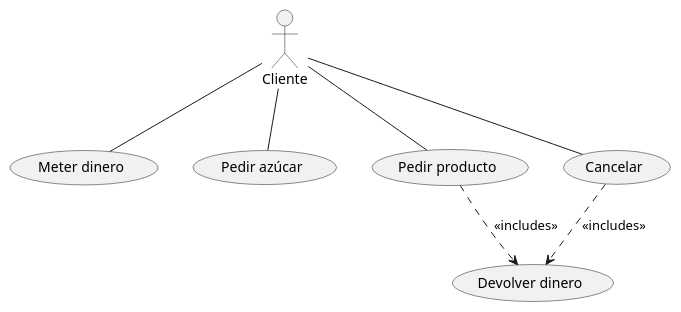
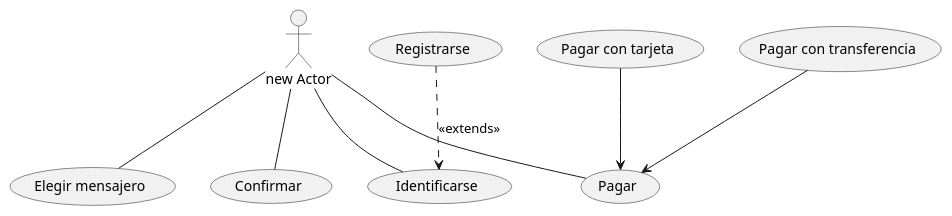
One commit to JaimeSoftDev/Practica1UD12UML-Jaime-Macia-Mora changed the diagram in Practica1UD12/src/PrimeraPracticaUML.puml. Above: the diagram before and after it, drawn with PlantUML.

Commit message:
Ejemplo: Tienda de Internet

```diff
--- a/Practica1UD12/src/PrimeraPracticaUML.puml
+++ b/Practica1UD12/src/PrimeraPracticaUML.puml
@@ -1,14 +1,17 @@
 @startuml
-:Cliente: as actor1
-(Meter dinero) as UC1
-(Pedir azúcar) as UC2
-(Pedir producto) as UC3
-(Cancelar) as UC4
-(Devolver dinero) as UC5
+:new Actor: as actor1
+(Identificarse) as UC1
+(Registrarse) as UC2
+(Pagar) as UC3
+(Pagar con tarjeta) as UC4
+(Pagar con transferencia) as UC5
+(Elegir mensajero) as UC6
+(Confirmar) as UC7
 actor1 -- UC1
-actor1 -- UC2
 actor1 -- UC3
-actor1 -- UC4
-UC3 ..> UC5 : <<includes>>
-UC4 ..> UC5 : <<includes>>
+actor1 -- UC6
+actor1 -- UC7
+UC2 ..> UC1 : <<extends>>
+UC4 --> UC3
+UC5 --> UC3
 @enduml
```
